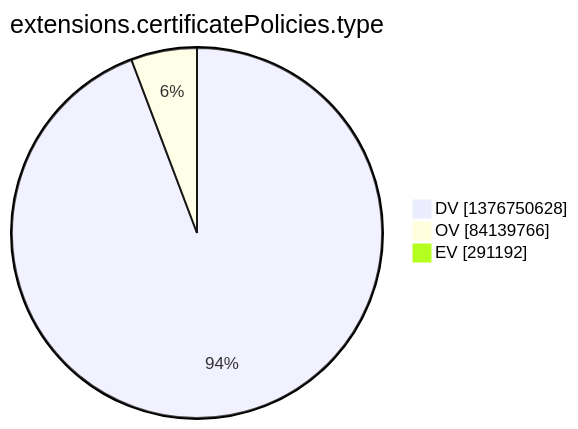
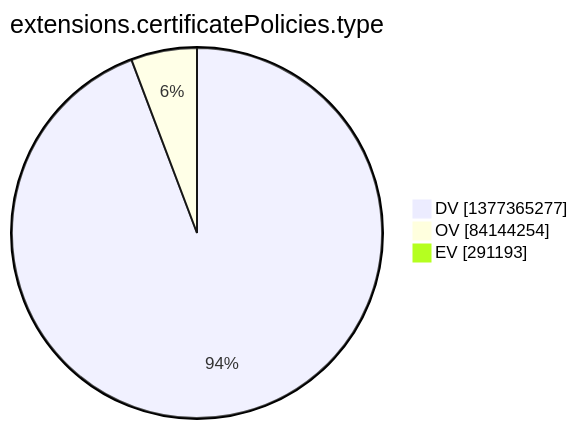
Before and after one commit to christiankrug/ctmonitor_visualization: the tenth of 15 diagrams in argon2022/README.md, drawn with Mermaid. The commit also changed other lines of this file, not shown here.

````diff
--- a/argon2022/README.md
+++ b/argon2022/README.md
@@ -2773,7 +2773,7 @@
 ```mermaid
 pie showData
 title extensions.certificatePolicies.type
-"DV" :1376750628
-"OV" :84139766
-"EV" :291192
+"DV" :1377365277
+"OV" :84144254
+"EV" :291193
 ```
````
